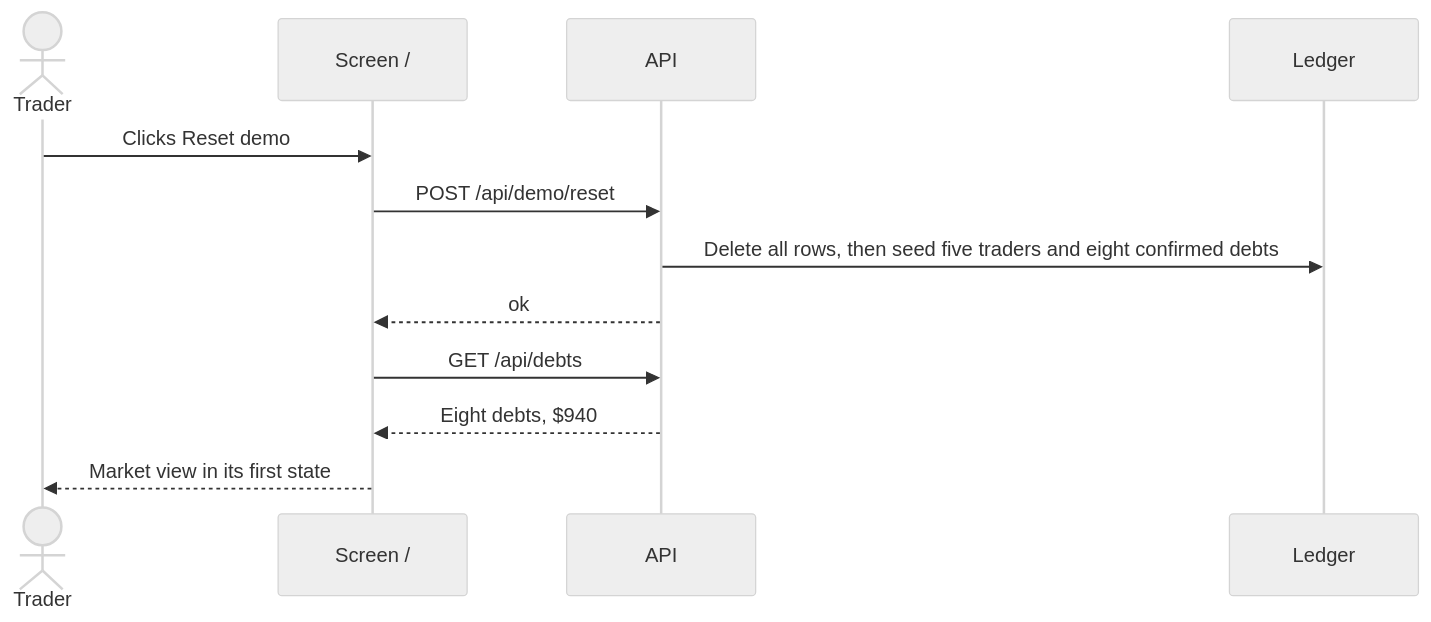
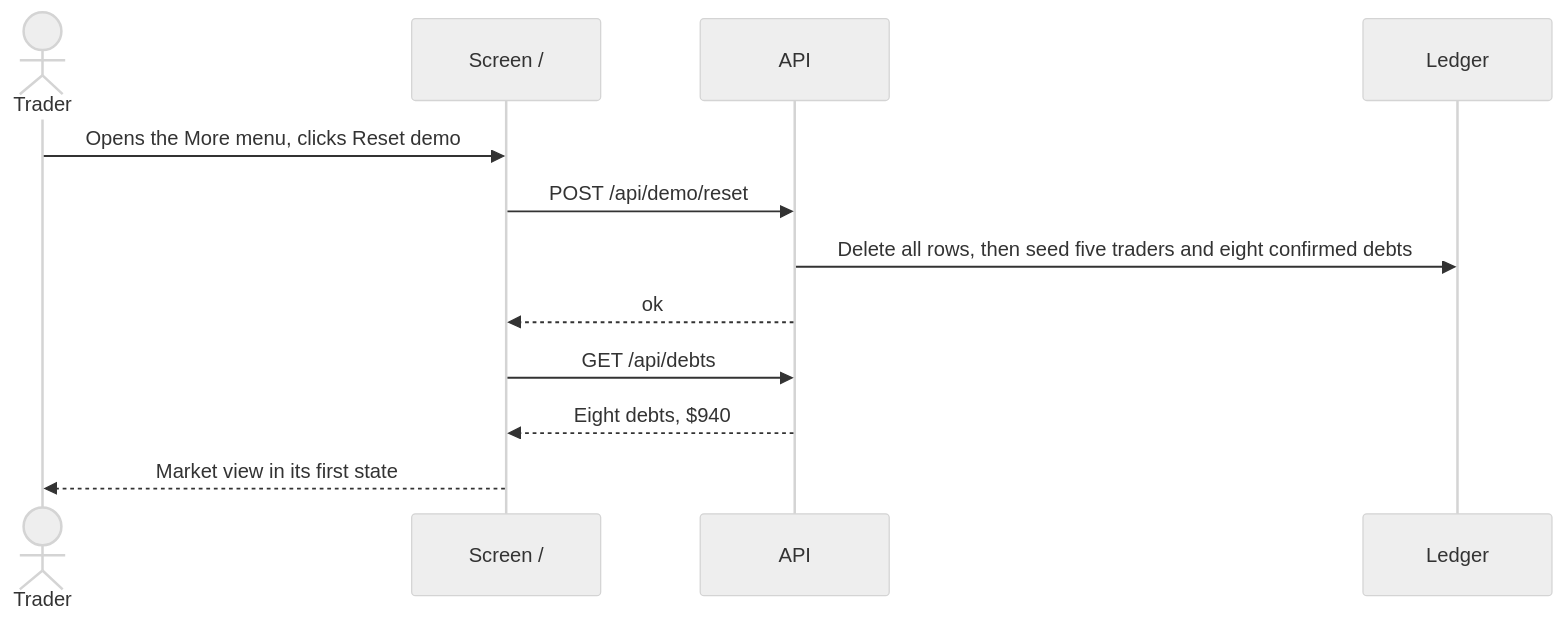
Before and after one commit to donovan-ratefison/alamino: the sixth of 6 diagrams in docs/user-journeys.md, drawn with Mermaid (neutral theme). The commit also changed other lines of this file and 13 other files, not shown here.

````diff
--- a/docs/user-journeys.md
+++ b/docs/user-journeys.md
@@ -204,15 +204,15 @@
 ```mermaid
 sequenceDiagram
     actor Trader
     participant Screen as Screen /
     participant API
     participant Ledger
 
-    Trader->>Screen: Clicks Reset demo
+    Trader->>Screen: Opens the More menu, clicks Reset demo
     Screen->>API: POST /api/demo/reset
     API->>Ledger: Delete all rows, then seed five traders and eight confirmed debts
     API-->>Screen: ok
     Screen->>API: GET /api/debts
     API-->>Screen: Eight debts, $940
     Screen-->>Trader: Market view in its first state
 ```
````
